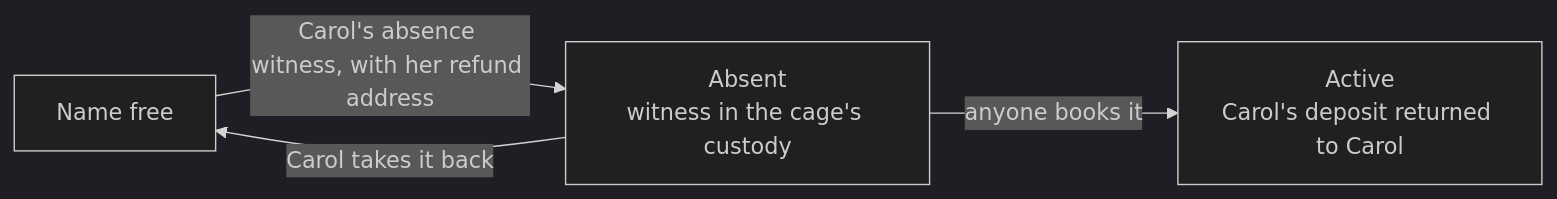
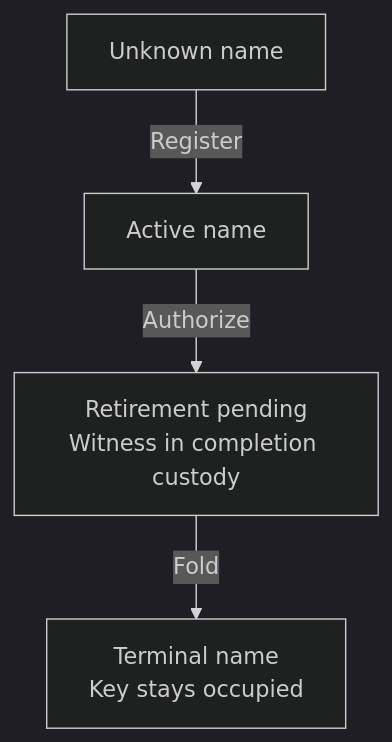
The first of 6 diagrams in docs/naming-lifecycle.md (lambdasistemi/singular), drawn with Mermaid (dark theme) before and after one commit. The commit also changed other lines of this file and 285 other files, not shown here.

````diff
--- a/docs/naming-lifecycle.md
+++ b/docs/naming-lifecycle.md
@@ -170,6 +14,6 @@
 ```mermaid
-flowchart LR
-  Free[Name free] -->|Carol's absence witness, with her refund address| Absent[Absent<br/>witness in the cage's custody]
-  Absent -->|anyone books it| Active[Active<br/>Carol's deposit returned to Carol]
-  Absent -->|Carol takes it back| Free
+flowchart TD
+  Free["Unknown name"] -->|Register| Active["Active name"]
+  Active -->|Authorize| Pending["Retirement pending<br/>Witness in completion custody"]
+  Pending -->|Fold| Terminal["Terminal name<br/>Key stays occupied"]
 ```
````
